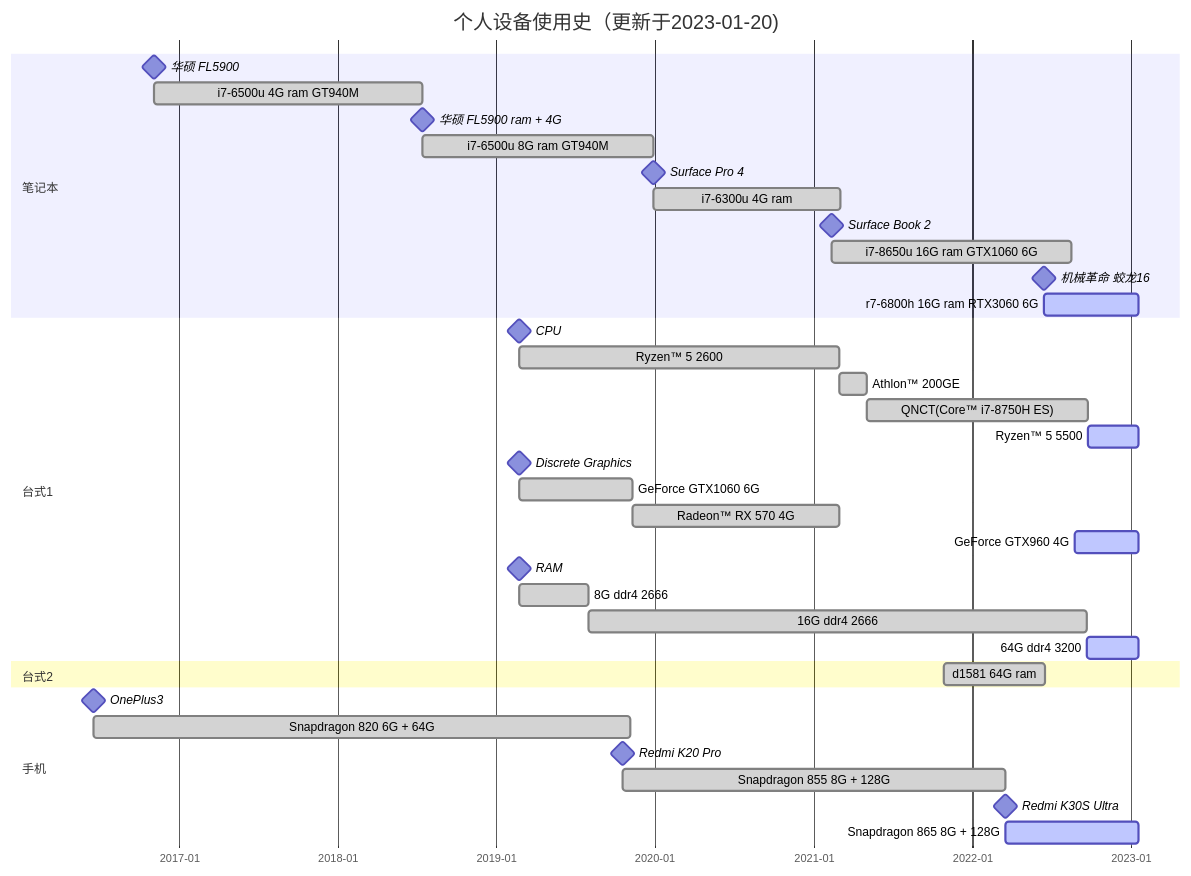
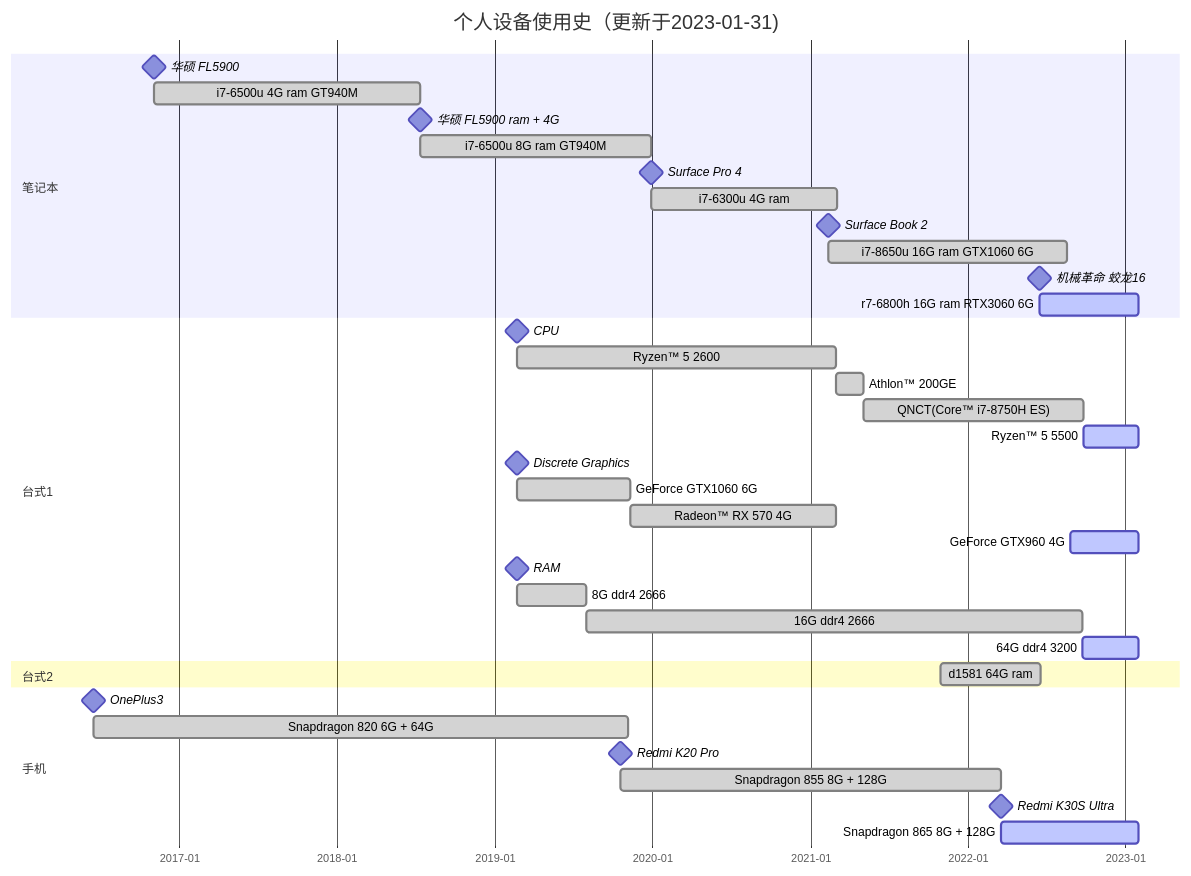
Before and after one commit to xuanyabulema/xuanyabulema.github.io: the diagram in source/microchip/index.md, drawn with Mermaid. The commit also changed 2 other files, not shown here.

````diff
--- a/source/microchip/index.md
+++ b/source/microchip/index.md
@@ -13,49 +13,49 @@
 ```mermaid
 gantt
-    title 个人设备使用史（更新于2023-01-20)
+    title 个人设备使用史（更新于2023-01-31)
     dateFormat  YYYY-MM-DD
     axisFormat  %Y-%m
     
     section 笔记本
     华硕 FL5900                                 :milestone, 2016-11-03, 0d
     i7-6500u  4G ram GT940M                     :done, 2016-11-03, 2018-07-13
     华硕 FL5900  ram + 4G                        :milestone, 2018-07-13, 0d
     i7-6500u  8G ram GT940M                     :done, 2018-07-13, 2019-12-29
     Surface Pro 4                               :milestone, 2019-12-29, 0d
     i7-6300u  4G ram                            :done, 2019-12-29, 2021-03-03
     Surface Book 2                              :milestone, 2021-02-12, 0d
     i7-8650u  16G ram  GTX1060 6G               :done, 2021-02-12, 2022-08-18
     机械革命 蛟龙16                               :milestone, 2022-06-17, 0d
-    r7-6800h  16G ram    RTX3060 6G             :active, 2022-06-17, 2023-01-20
+    r7-6800h  16G ram    RTX3060 6G             :active, 2022-06-17, 2023-01-31
     
     
     section 台式1
     CPU                                         :milestone, 2019-02-22, 0d
     Ryzen™ 5 2600                               :done, 2019-02-22, 2021-03-01
     Athlon™ 200GE                               :done, 2021-03-01, 2021-05-04
     QNCT(Core™ i7-8750H ES)                     :done, 2021-05-04, 2022-09-26
-    Ryzen™ 5 5500                               :active, 2022-09-26, 2023-01-20
+    Ryzen™ 5 5500                               :active, 2022-09-26, 2023-01-31
     
     Discrete Graphics                           :milestone, 2019-02-22, 0d
     GeForce GTX1060 6G                          :done, 2019-02-22, 2019-11-10
     Radeon™ RX 570 4G                           :done, 2019-11-10, 2021-03-01
-    GeForce GTX960 4G                           :active, 2022-08-25, 2023-01-20
+    GeForce GTX960 4G                           :active, 2022-08-25, 2023-01-31
     
     RAM                                         :milestone, 2019-02-22, 0d
     8G ddr4 2666                                :done, 2019-02-22, 2019-08-02
     16G ddr4 2666                               :done, 2019-08-02, 2022-09-22
-    64G ddr4 3200                               :active, 2022-09-22, 2023-01-20
+    64G ddr4 3200                               :active, 2022-09-22, 2023-01-31
     
     
     section 台式2
     d1581 64G ram                               :done, 2021-10-29,2022-06-19
     
     
     section 手机
     OnePlus3                                    :milestone, 2016-06-16, 0d
     Snapdragon 820 6G + 64G                     :done, 2016-06-16, 2019-11-06
     Redmi K20 Pro                               :milestone, 2019-10-19, 0d
     Snapdragon 855  8G + 128G                   :done, 2019-10-19, 2022-03-18
     Redmi K30S Ultra                            :milestone, 2022-03-18, 0d
-    Snapdragon 865  8G + 128G                   :active, 2022-03-18, 2023-01-20
+    Snapdragon 865  8G + 128G                   :active, 2022-03-18, 2023-01-31
 ```
````
